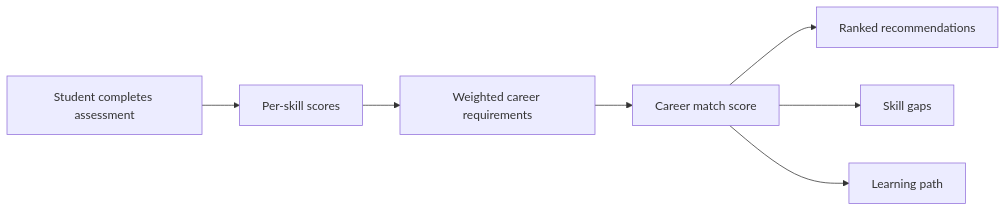
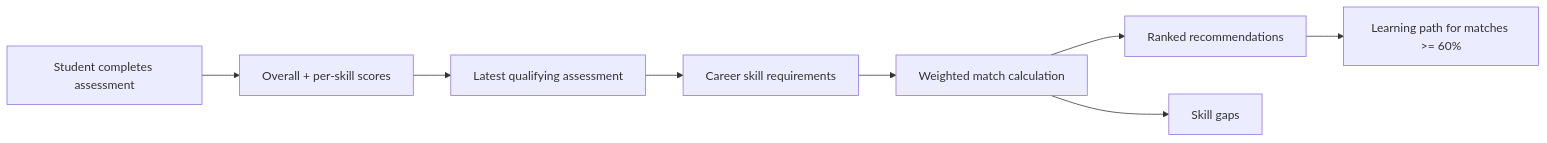
The first of 3 diagrams in README.md (Sant7611/Student-Guidance-System), drawn with Mermaid before and after one commit. The commit also changed other lines of this file, not shown here.

````diff
--- a/README.md
+++ b/README.md
@@ -120,9 +199,10 @@
 ```mermaid
 flowchart LR
-    A["Student completes assessment"] --> B["Per-skill scores"]
-    B --> C["Weighted career requirements"]
-    C --> D["Career match score"]
-    D --> E["Ranked recommendations"]
-    D --> F["Skill gaps"]
-    D --> G["Learning path"]
+    A["Student completes assessment"] --> B["Overall + per-skill scores"]
+    B --> C["Latest qualifying assessment"]
+    C --> D["Career skill requirements"]
+    D --> E["Weighted match calculation"]
+    E --> F["Ranked recommendations"]
+    E --> G["Skill gaps"]
+    F --> H["Learning path for matches >= 60%"]
 ```
````
